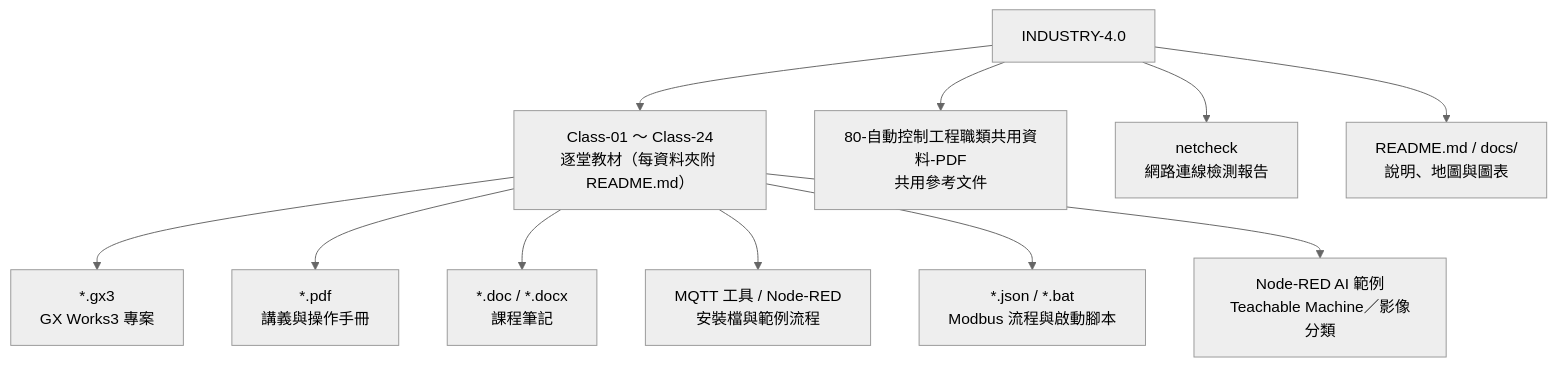
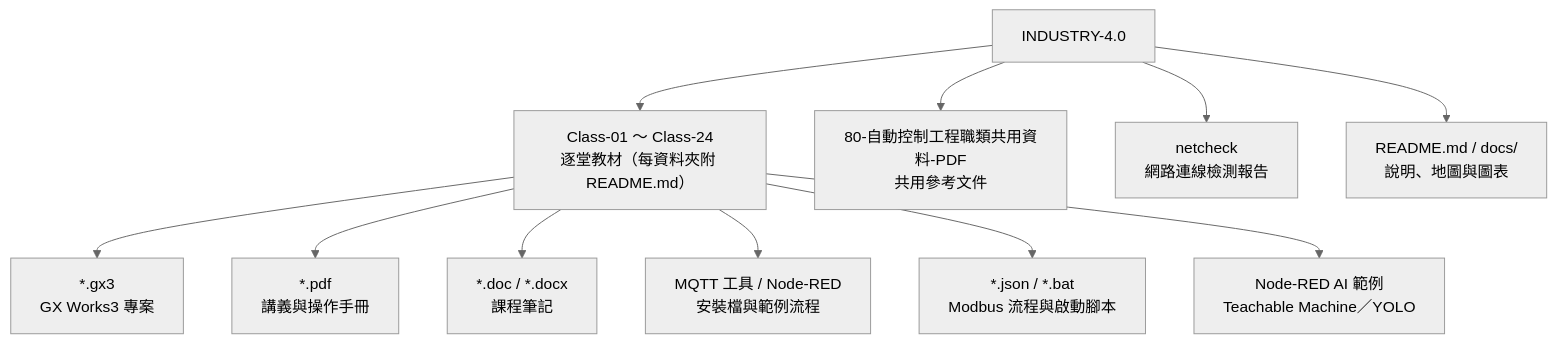
Before and after one commit to yd7148/INDUSTRY-4.0: the second of 6 diagrams in README.md, drawn with Mermaid (neutral theme). The commit also changed other lines of this file and 447 other files, not shown here.

````diff
--- a/README.md
+++ b/README.md
@@ -42,14 +42,14 @@
 ```mermaid
 flowchart TB
     REPO["INDUSTRY-4.0"] --> CLS["Class-01 ～ Class-24<br/>逐堂教材（每資料夾附 README.md）"]
     REPO --> LIB["80-自動控制工程職類共用資料-PDF<br/>共用參考文件"]
     REPO --> NET["netcheck<br/>網路連線檢測報告"]
     REPO --> DOC["README.md / docs/<br/>說明、地圖與圖表"]
 
     CLS --> GX["*.gx3<br/>GX Works3 專案"]
     CLS --> PDF["*.pdf<br/>講義與操作手冊"]
     CLS --> DOCX["*.doc / *.docx<br/>課程筆記"]
     CLS --> TOOL["MQTT 工具 / Node-RED<br/>安裝檔與範例流程"]
     CLS --> JSON["*.json / *.bat<br/>Modbus 流程與啟動腳本"]
-    CLS --> AI["Node-RED AI 範例<br/>Teachable Machine／影像分類"]
+    CLS --> AI["Node-RED AI 範例<br/>Teachable Machine／YOLO"]
 ```
````
